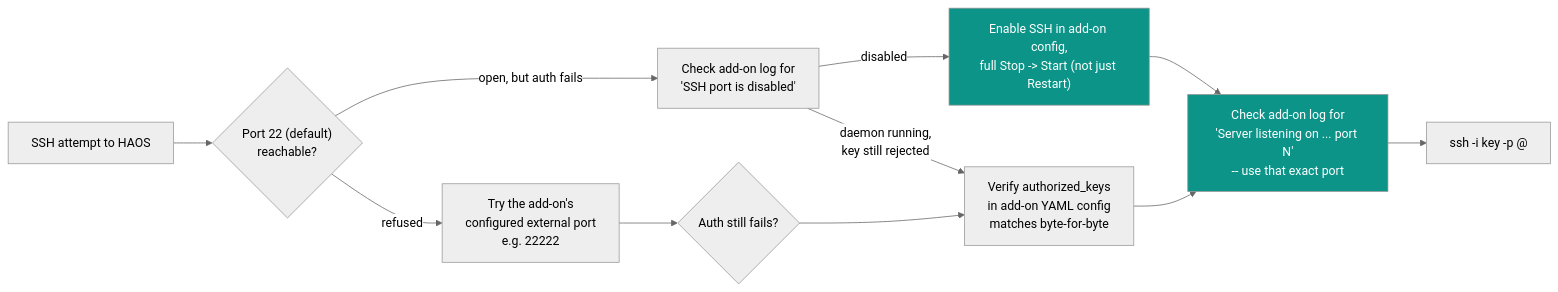
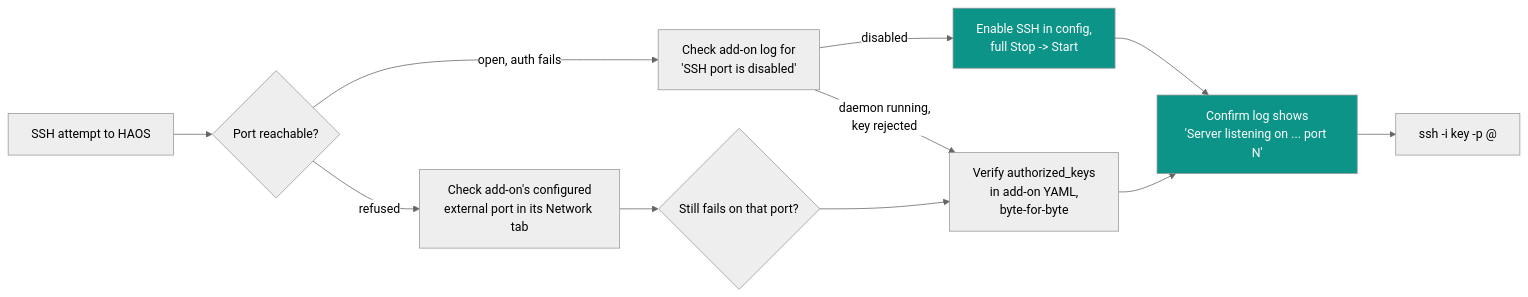
The third of 5 diagrams in genai/tailscale-ollama-homeassistant-bridging.md (nagarjunr/developers-guide), drawn with Mermaid (neutral theme) before and after one commit. The commit also changed other lines of this file, not shown here.

````diff
--- a/genai/tailscale-ollama-homeassistant-bridging.md
+++ b/genai/tailscale-ollama-homeassistant-bridging.md
@@ -165,16 +142,16 @@
 ```mermaid
 flowchart LR
-    A["SSH attempt to HAOS"] --> B{"Port 22 (default)<br/>reachable?"}
-    B -- "refused" --> C["Try the add-on's<br/>configured external port<br/>e.g. 22222"]
-    B -- "open, but auth fails" --> D["Check add-on log for<br/>'SSH port is disabled'"]
-    C --> E{"Auth still fails?"}
-    D -- "disabled" --> F["Enable SSH in add-on config,<br/>full Stop -> Start (not just Restart)"]
-    D -- "daemon running,<br/>key still rejected" --> G["Verify authorized_keys<br/>in add-on YAML config<br/>matches byte-for-byte"]
+    A["SSH attempt to HAOS"] --> B{"Port reachable?"}
+    B -- "refused" --> C["Check add-on's configured<br/>external port in its Network tab"]
+    B -- "open, auth fails" --> D["Check add-on log for<br/>'SSH port is disabled'"]
+    C --> E{"Still fails on that port?"}
+    D -- "disabled" --> F["Enable SSH in config,<br/>full Stop -> Start"]
+    D -- "daemon running,<br/>key rejected" --> G["Verify authorized_keys<br/>in add-on YAML,<br/>byte-for-byte"]
     E --> G
-    F --> H["Check add-on log for<br/>'Server listening on ... port N'<br/>-- use that exact port"]
+    F --> H["Confirm log shows<br/>'Server listening on ... port N'"]
     G --> H
     H --> I["ssh -i key -p <actual-port> <user>@<tailscale-ip>"]
 
     style F fill:#0d9488,color:#fff
     style H fill:#0d9488,color:#fff
 ```
````
